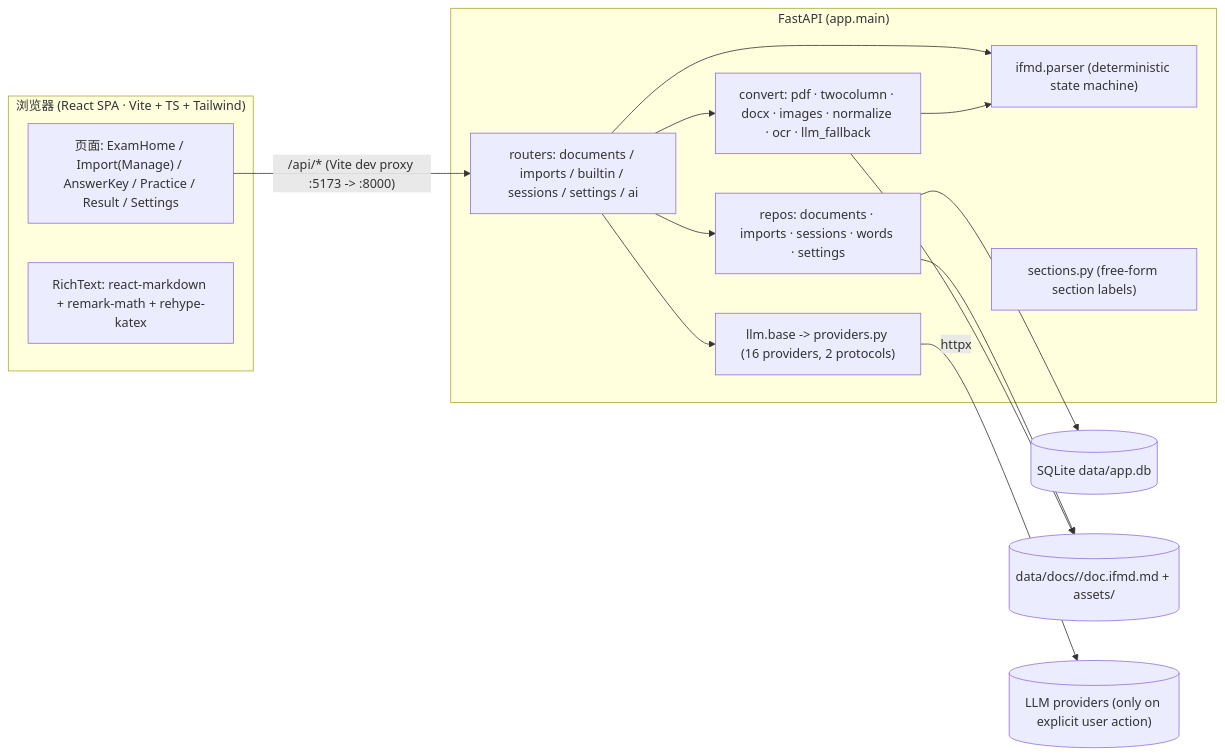
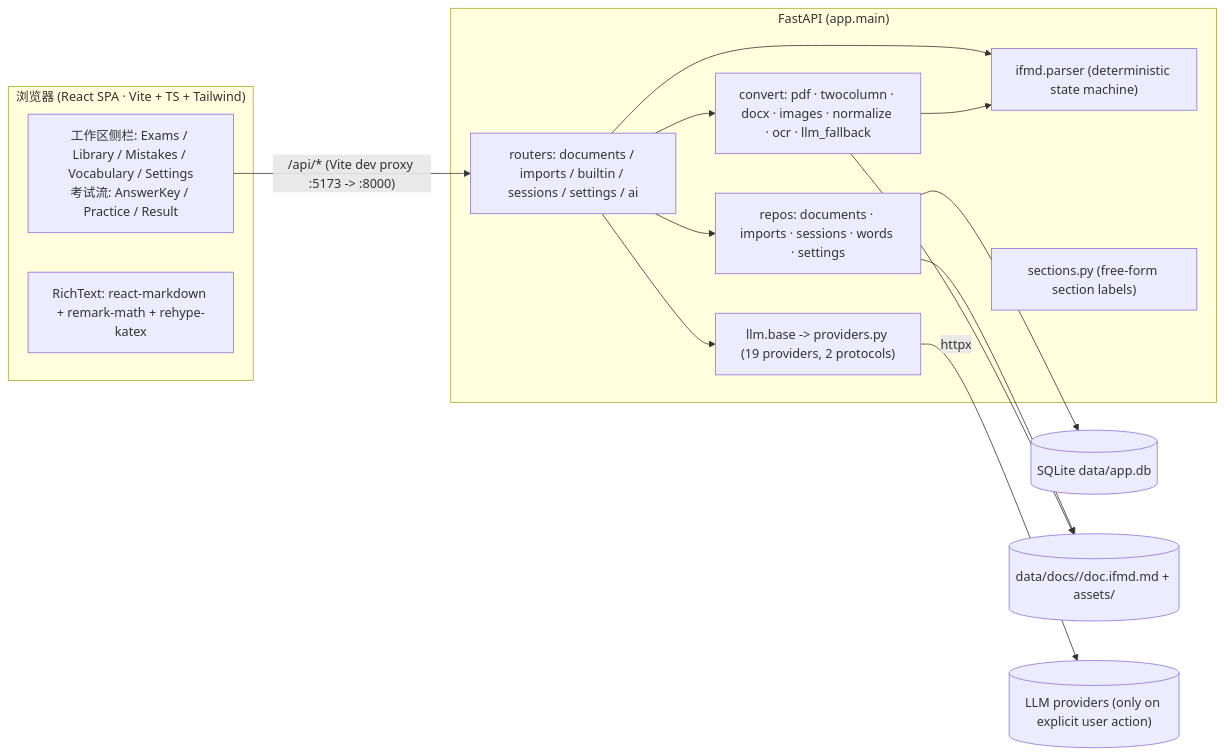
Before and after one commit to JasonSun2009CN/InteFlow: the first of 2 diagrams in docs/ARCHITECTURE.md, drawn with Mermaid. The commit also changed other lines of this file and 27 other files, not shown here.

````diff
--- a/docs/ARCHITECTURE.md
+++ b/docs/ARCHITECTURE.md
@@ -13,28 +13,28 @@
 ```mermaid
 flowchart LR
   subgraph Browser["浏览器 (React SPA · Vite + TS + Tailwind)"]
-    UI["页面: ExamHome / Import(Manage) / AnswerKey / Practice / Result / Settings"]
+    UI["工作区侧栏: Exams / Library / Mistakes / Vocabulary / Settings<br/>考试流: AnswerKey / Practice / Result"]
     RT["RichText: react-markdown + remark-math + rehype-katex"]
   end
 
   UI -- "/api/* (Vite dev proxy :5173 -> :8000)" --> API
 
   subgraph Backend["FastAPI (app.main)"]
     API["routers: documents / imports / builtin / sessions / settings / ai"]
     CONV["convert: pdf · twocolumn · docx · images · normalize · ocr · llm_fallback"]
     PARSE["ifmd.parser (deterministic state machine)"]
     REPOS["repos: documents · imports · sessions · words · settings"]
     SEC["sections.py (free-form section labels)"]
-    LLM["llm.base -> providers.py (16 providers, 2 protocols)"]
+    LLM["llm.base -> providers.py (19 providers, 2 protocols)"]
     API --> CONV
     API --> PARSE
     API --> REPOS
     CONV --> PARSE
     API --> LLM
   end
 
   REPOS --> DB[("SQLite  data/app.db")]
   REPOS --> FS[("data/docs/<id>/doc.ifmd.md + assets/")]
   CONV --> FS
   LLM -- httpx --> PROV[("LLM providers (only on explicit user action)")]
 ```
````
